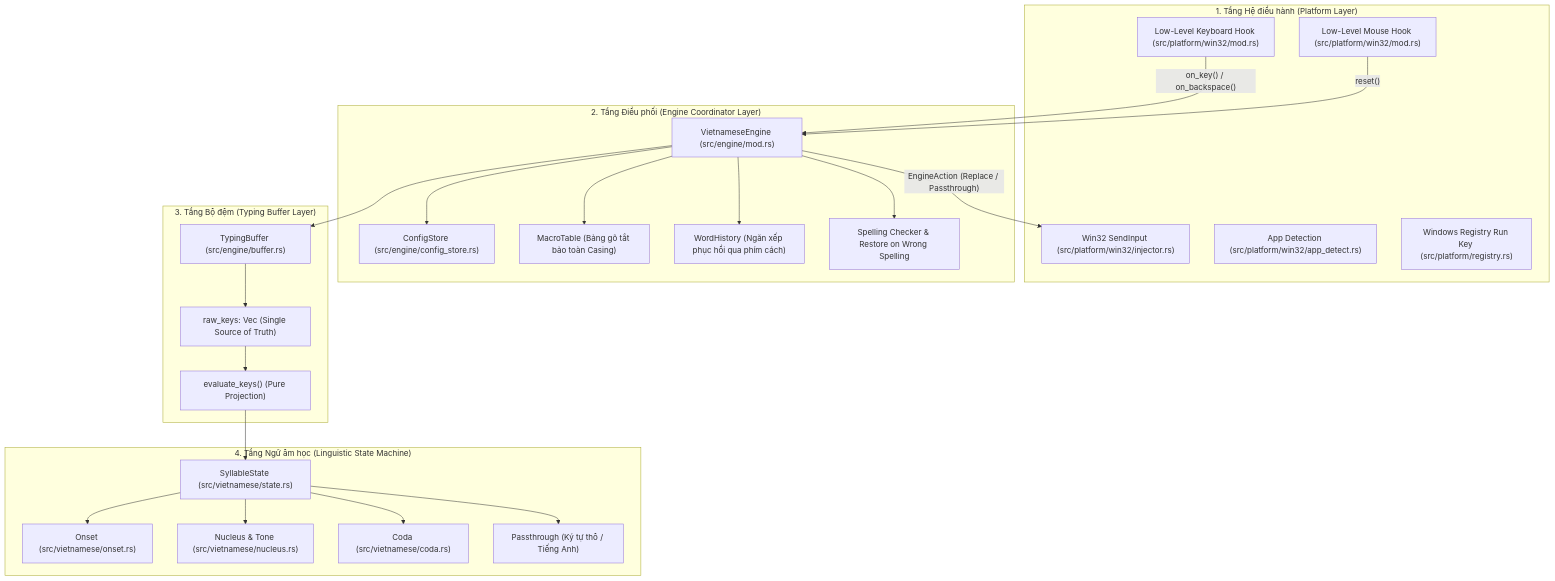
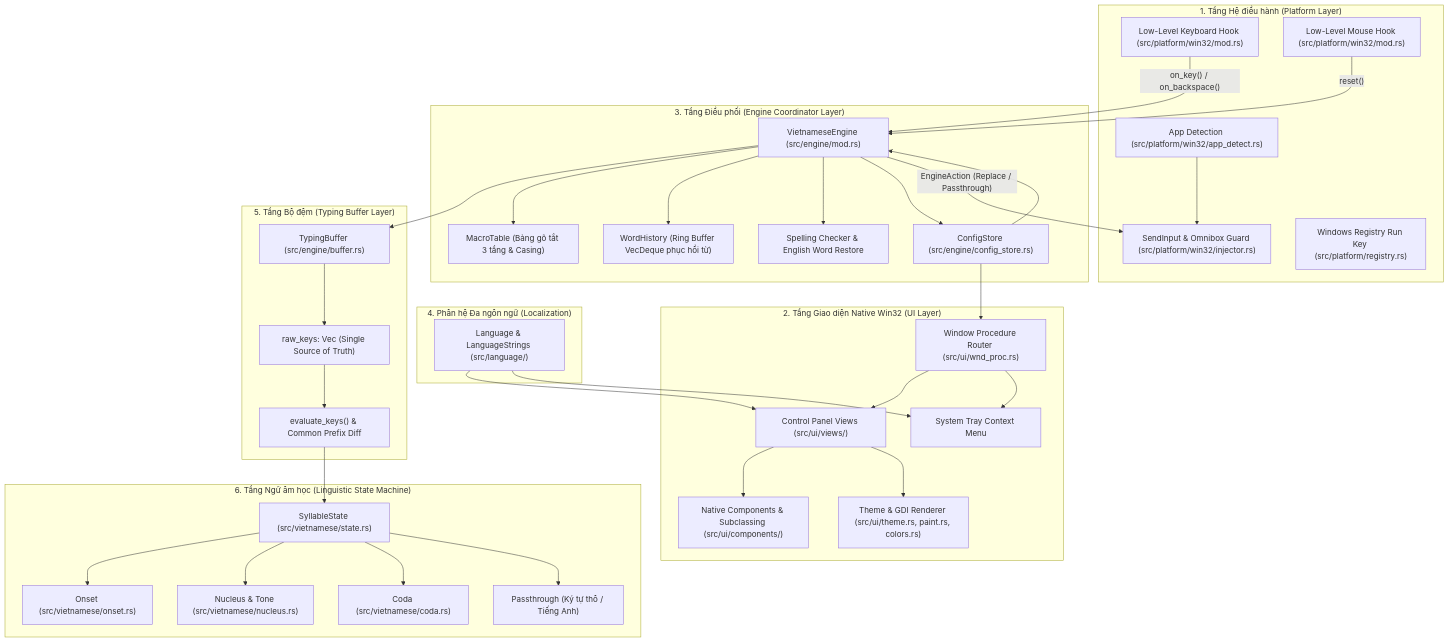
Before and after one commit to uongsuadaubung/mkey: the diagram in docs/ARCHITECTURE.md, drawn with Mermaid. The commit also changed other lines of this file and 19 other files, not shown here.

First line of the commit message:
refactor: optimize inlining, implement standard traits, and update architecture docs

````diff
--- a/docs/ARCHITECTURE.md
+++ b/docs/ARCHITECTURE.md
@@ -11,45 +11,62 @@
 ```mermaid
 flowchart TD
     subgraph OS_Layer ["1. Tầng Hệ điều hành (Platform Layer)"]
         KBD_Hook["Low-Level Keyboard Hook (src/platform/win32/mod.rs)"]
         MOUSE_Hook["Low-Level Mouse Hook (src/platform/win32/mod.rs)"]
-        SendInput["Win32 SendInput (src/platform/win32/injector.rs)"]
+        Injector["SendInput & Omnibox Guard (src/platform/win32/injector.rs)"]
         AppDetect["App Detection (src/platform/win32/app_detect.rs)"]
         Registry["Windows Registry Run Key (src/platform/registry.rs)"]
     end
 
-    subgraph Engine_Layer ["2. Tầng Điều phối (Engine Coordinator Layer)"]
+    subgraph UI_Layer ["2. Tầng Giao diện Native Win32 (UI Layer)"]
+        WndProc["Window Procedure Router (src/ui/wnd_proc.rs)"]
+        CtrlPanel["Control Panel Views (src/ui/views/)"]
+        ThemeEngine["Theme & GDI Renderer (src/ui/theme.rs, paint.rs, colors.rs)"]
+        Components["Native Components & Subclassing (src/ui/components/)"]
+        TrayMenu["System Tray Context Menu"]
+    end
+
+    subgraph Engine_Layer ["3. Tầng Điều phối (Engine Coordinator Layer)"]
         VE["VietnameseEngine (src/engine/mod.rs)"]
         ConfigStore["ConfigStore (src/engine/config_store.rs)"]
-        MacroTbl["MacroTable (Bảng gõ tắt bảo toàn Casing)"]
-        Hist["WordHistory (Ngăn xếp phục hồi qua phím cách)"]
-        SpellingGuard["Spelling Checker & Restore on Wrong Spelling"]
+        MacroTbl["MacroTable (Bảng gõ tắt 3 tầng & Casing)"]
+        Hist["WordHistory (Ring Buffer VecDeque phục hồi từ)"]
+        SpellingGuard["Spelling Checker & English Word Restore"]
     end
 
-    subgraph Buffer_Layer ["3. Tầng Bộ đệm (Typing Buffer Layer)"]
+    subgraph Language_Layer ["4. Phân hệ Đa ngôn ngữ (Localization)"]
+        Lang["Language & LanguageStrings (src/language/)"]
+    end
+
+    subgraph Buffer_Layer ["5. Tầng Bộ đệm (Typing Buffer Layer)"]
         TB["TypingBuffer (src/engine/buffer.rs)"]
         RawKeys["raw_keys: Vec<RawKey> (Single Source of Truth)"]
-        Eval["evaluate_keys() (Pure Projection)"]
+        Eval["evaluate_keys() & Common Prefix Diff"]
     end
 
-    subgraph Linguistic_Layer ["4. Tầng Ngữ âm học (Linguistic State Machine)"]
+    subgraph Linguistic_Layer ["6. Tầng Ngữ âm học (Linguistic State Machine)"]
         SM["SyllableState (src/vietnamese/state.rs)"]
         OnsetNode["Onset (src/vietnamese/onset.rs)"]
         NucleusNode["Nucleus & Tone (src/vietnamese/nucleus.rs)"]
         CodaNode["Coda (src/vietnamese/coda.rs)"]
         PassNode["Passthrough (Ký tự thô / Tiếng Anh)"]
     end
 
     KBD_Hook -->|"on_key() / on_backspace()"| VE
     MOUSE_Hook -->|"reset()"| VE
     VE --> TB
     TB --> RawKeys
     RawKeys --> Eval
     Eval --> SM
     SM --> OnsetNode & NucleusNode & CodaNode & PassNode
     VE --> MacroTbl
     VE --> Hist
     VE --> SpellingGuard
     VE --> ConfigStore
-    VE -->|"EngineAction (Replace / Passthrough)"| SendInput
+    VE -->|"EngineAction (Replace / Passthrough)"| Injector
+    AppDetect --> Injector
+    WndProc --> CtrlPanel & TrayMenu
+    CtrlPanel --> Components & ThemeEngine
+    Lang --> CtrlPanel & TrayMenu
+    ConfigStore --> VE & WndProc
 ```
````
